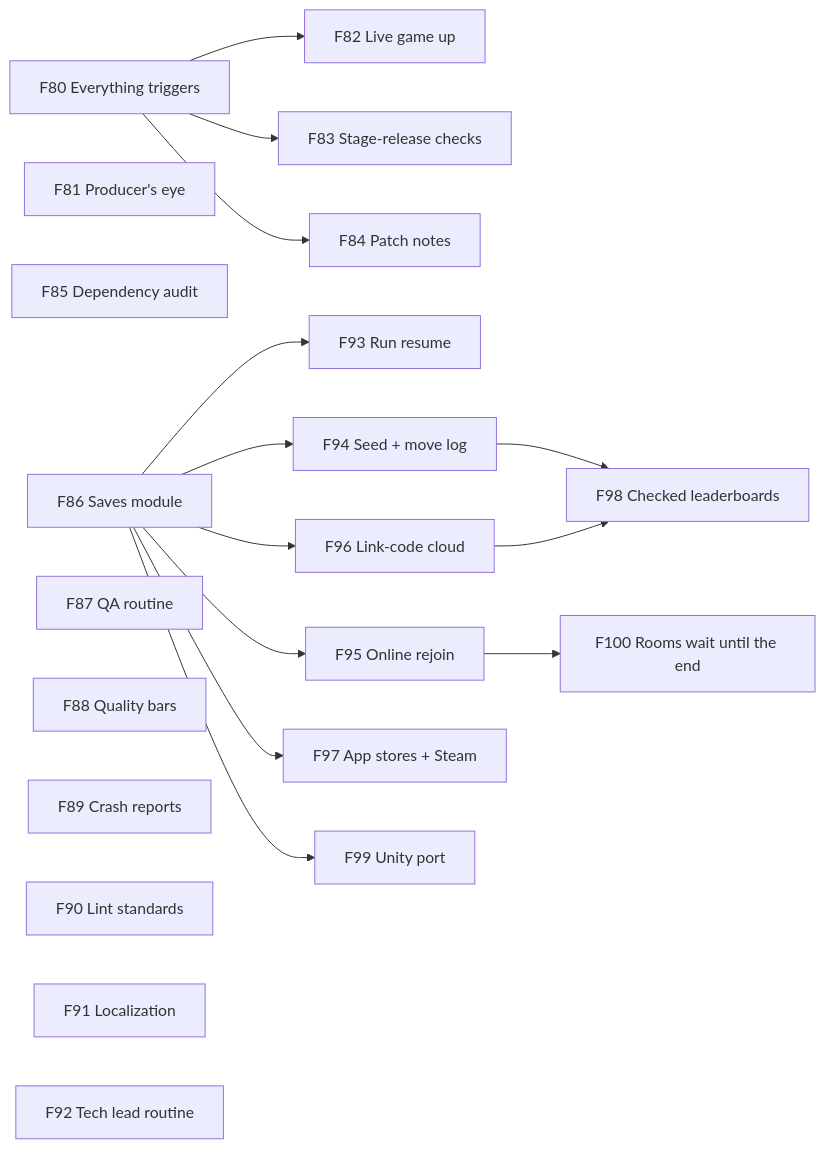
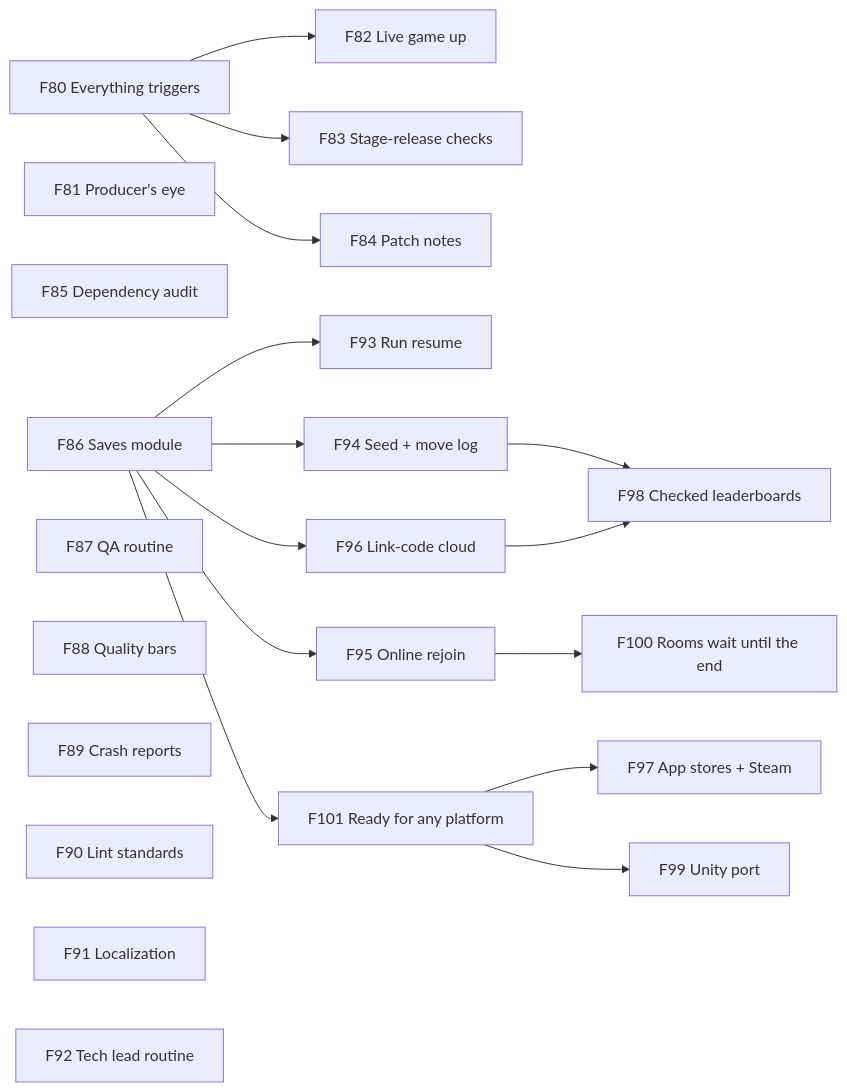
The eighth of 8 diagrams in .planning/ROADMAP.md (TheBlueMuzzy/framework), drawn with Mermaid before and after one commit. The commit also changed other lines of this file and 2 other files, not shown here.

Commit message:
Sprint 21: re-scoped to F101 — saves ready for any platform; F97/F99 wait for a real store build / Unity game

````diff
--- a/.planning/ROADMAP.md
+++ b/.planning/ROADMAP.md
@@ -210,24 +211,25 @@
 ```mermaid
 flowchart LR
   F80[F80 Everything triggers] --> F82[F82 Live game up]
   F80 --> F83[F83 Stage-release checks]
   F80 --> F84[F84 Patch notes]
   F81[F81 Producer's eye]
   F85[F85 Dependency audit]
   F86[F86 Saves module]
   F87[F87 QA routine]
   F88[F88 Quality bars]
   F89[F89 Crash reports]
   F90[F90 Lint standards]
   F91[F91 Localization]
   F92[F92 Tech lead routine]
   F86 --> F93[F93 Run resume]
   F86 --> F94[F94 Seed + move log]
   F86 --> F95[F95 Online rejoin]
   F86 --> F96[F96 Link-code cloud]
-  F86 --> F97[F97 App stores + Steam]
+  F86 --> F101[F101 Ready for any platform]
+  F101 --> F97[F97 App stores + Steam]
   F94 --> F98[F98 Checked leaderboards]
   F96 --> F98
-  F86 --> F99[F99 Unity port]
+  F101 --> F99[F99 Unity port]
   F95 --> F100[F100 Rooms wait until the end]
 ```
````
